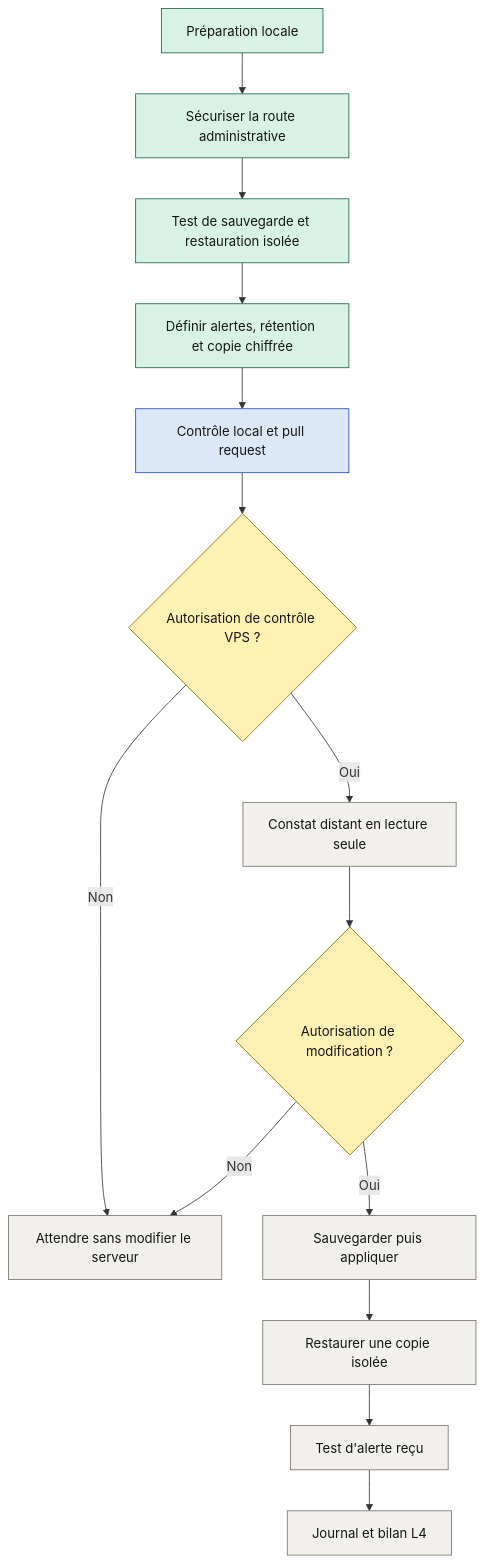
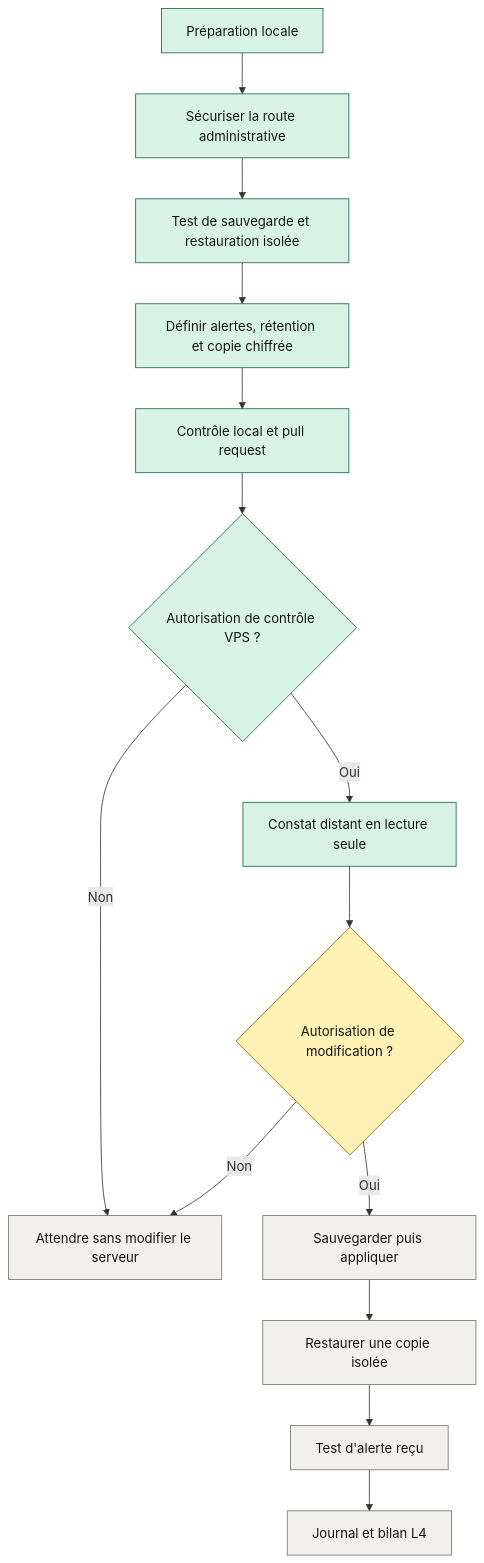
Before and after one commit to VinniMo/samstag: the diagram in docs/diagrams/l4-operations.mmd, drawn with Mermaid. The commit also changed 7 other files, not shown here.

```diff
--- a/docs/diagrams/l4-operations.mmd
+++ b/docs/diagrams/l4-operations.mmd
@@ -1,24 +1,23 @@
 flowchart TD
     A[Préparation locale] --> B[Sécuriser la route administrative]
     B --> C[Test de sauvegarde et restauration isolée]
     C --> D[Définir alertes, rétention et copie chiffrée]
     D --> P[Contrôle local et pull request]
     P --> E{Autorisation de contrôle VPS ?}
     E -->|Non| W[Attendre sans modifier le serveur]
     E -->|Oui| F[Constat distant en lecture seule]
     F --> G{Autorisation de modification ?}
     G -->|Non| W
     G -->|Oui| H[Sauvegarder puis appliquer]
     H --> I[Restaurer une copie isolée]
     I --> J[Test d'alerte reçu]
     J --> K[Journal et bilan L4]
 
     classDef done fill:#d9f2e6,stroke:#176449,color:#151515
     classDef ready fill:#dce8f7,stroke:#244bc0,color:#151515
     classDef approval fill:#fff0b3,stroke:#8a6d00,color:#151515
     classDef future fill:#f1f0ec,stroke:#77736a,color:#151515
 
-    class A,B,C,D done
-    class P ready
-    class E,G approval
-    class F,H,I,J,K,W future
+    class A,B,C,D,P,E,F done
+    class G approval
+    class H,I,J,K,W future
```
